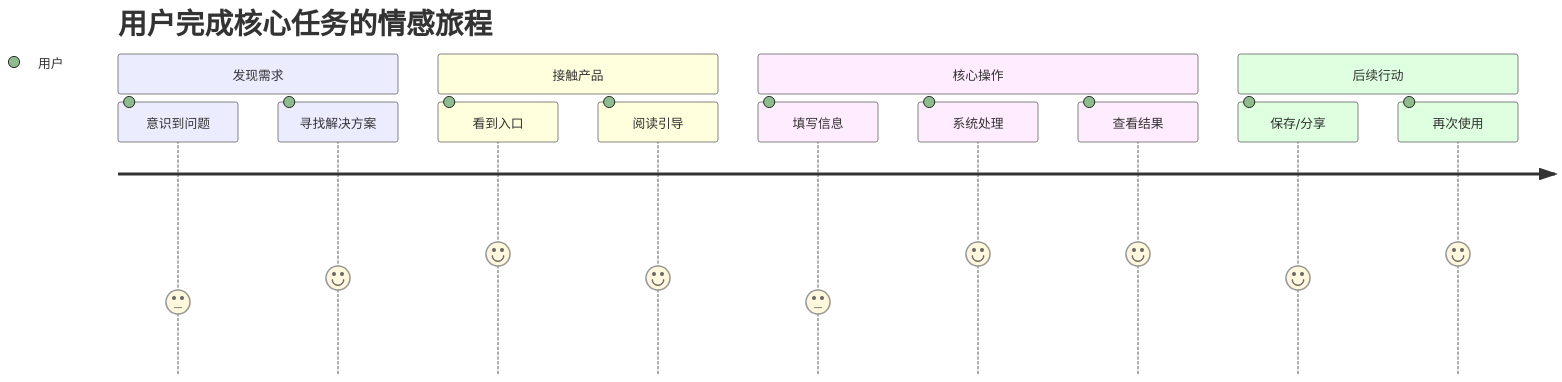
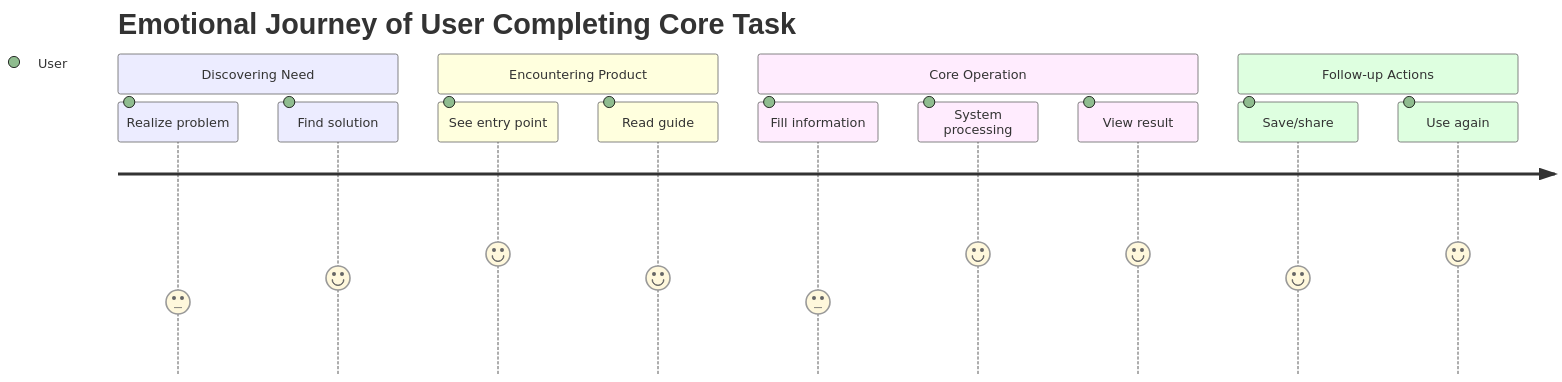
One commit to Kirky-X/cangjie changed the second of 12 diagrams in templates/产品/产品层/【模板】产品需求文档.md. Above: the diagram before and after it, drawn with Mermaid. The commit also changed other lines of this file and 60 other files, not shown here.

````diff
--- a/templates/产品/产品层/【模板】产品需求文档.md
+++ b/templates/产品/产品层/【模板】产品需求文档.md
@@ -110,17 +110,17 @@
 ```mermaid
 journey
-    title 用户完成核心任务的情感旅程
-    section 发现需求
-      意识到问题: 3: 用户
-      寻找解决方案: 4: 用户
-    section 接触产品
-      看到入口: 5: 用户
-      阅读引导: 4: 用户
-    section 核心操作
-      填写信息: 3: 用户
-      系统处理: 5: 用户
-      查看结果: 5: 用户
-    section 后续行动
-      保存/分享: 4: 用户
-      再次使用: 5: 用户
+    title Emotional Journey of User Completing Core Task
+    section Discovering Need
+      Realize problem: 3: User
+      Find solution: 4: User
+    section Encountering Product
+      See entry point: 5: User
+      Read guide: 4: User
+    section Core Operation
+      Fill information: 3: User
+      System processing: 5: User
+      View result: 5: User
+    section Follow-up Actions
+      Save/share: 4: User
+      Use again: 5: User
 ```
````
